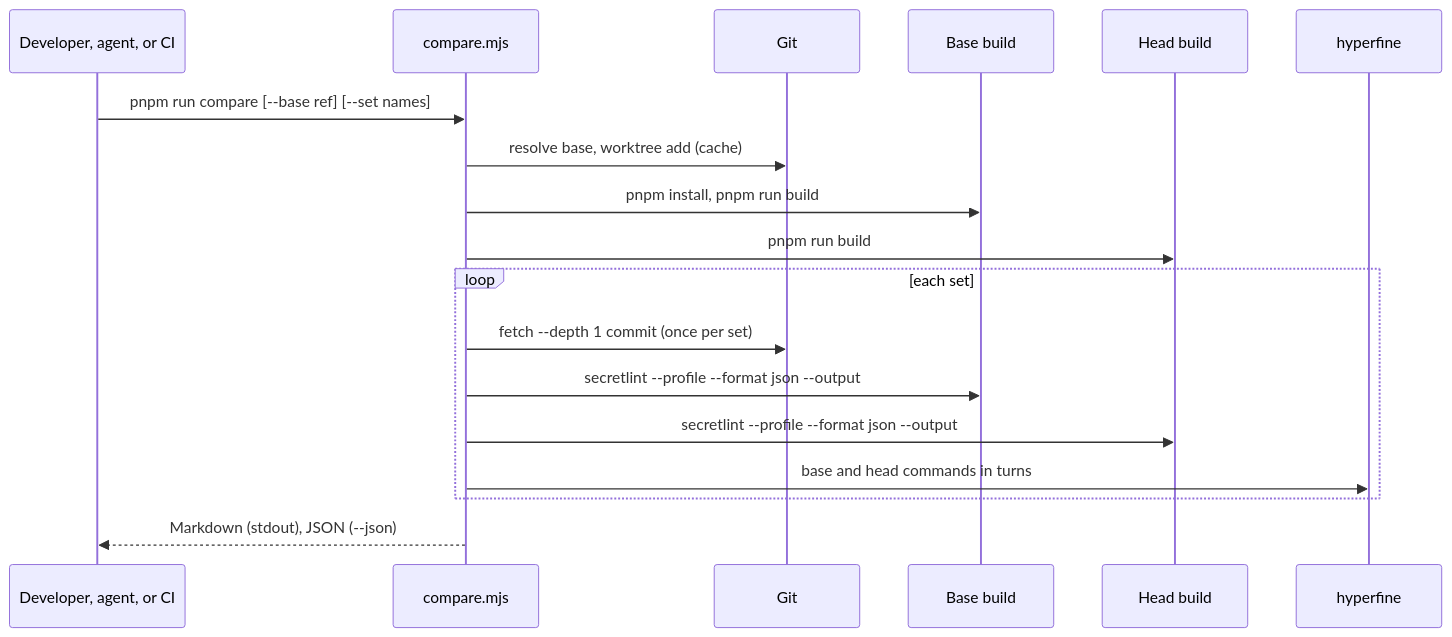
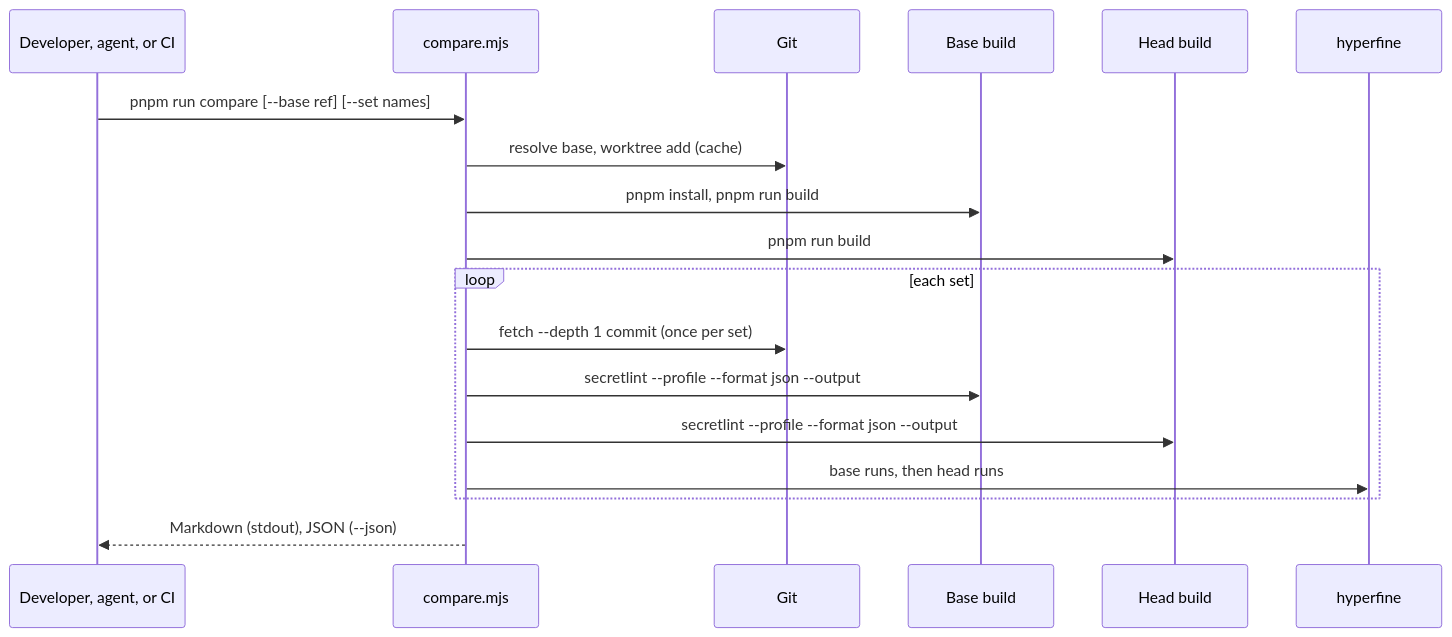
The diagram in docs/products/secretlint/features/change-comparison/design.md (secretlint/secretlint), drawn with Mermaid before and after one commit. The commit also changed other lines of this file and 9 other files, not shown here.

First line of the commit message:
feat(benchmark): add a script and a workflow that compare the base and the head

````diff
--- a/docs/products/secretlint/features/change-comparison/design.md
+++ b/docs/products/secretlint/features/change-comparison/design.md
@@ -50,20 +50,20 @@
 ```mermaid
 sequenceDiagram
     participant Dev as Developer, agent, or CI
     participant Script as compare.mjs
     participant Git
     participant Base as Base build
     participant Head as Head build
     participant HF as hyperfine
     Dev->>Script: pnpm run compare [--base ref] [--set names]
     Script->>Git: resolve base, worktree add (cache)
     Script->>Base: pnpm install, pnpm run build
     Script->>Head: pnpm run build
     loop each set
         Script->>Git: fetch --depth 1 commit (once per set)
         Script->>Base: secretlint --profile --format json --output
         Script->>Head: secretlint --profile --format json --output
-        Script->>HF: base and head commands in turns
+        Script->>HF: base runs, then head runs
     end
     Script-->>Dev: Markdown (stdout), JSON (--json)
 ```
````
